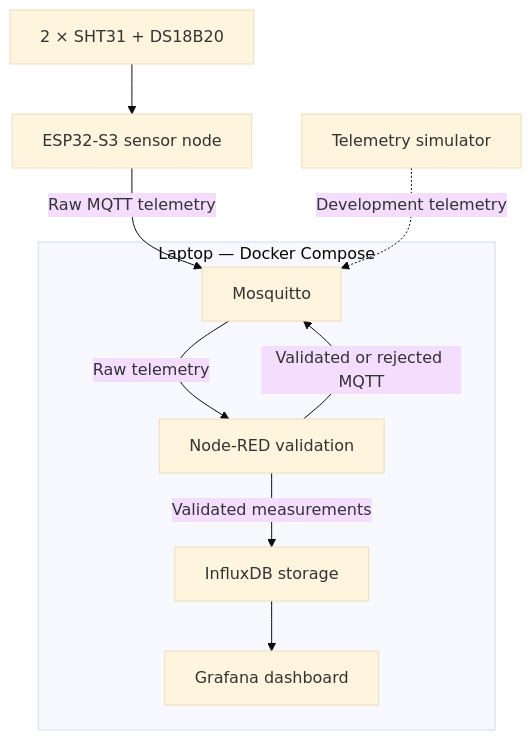
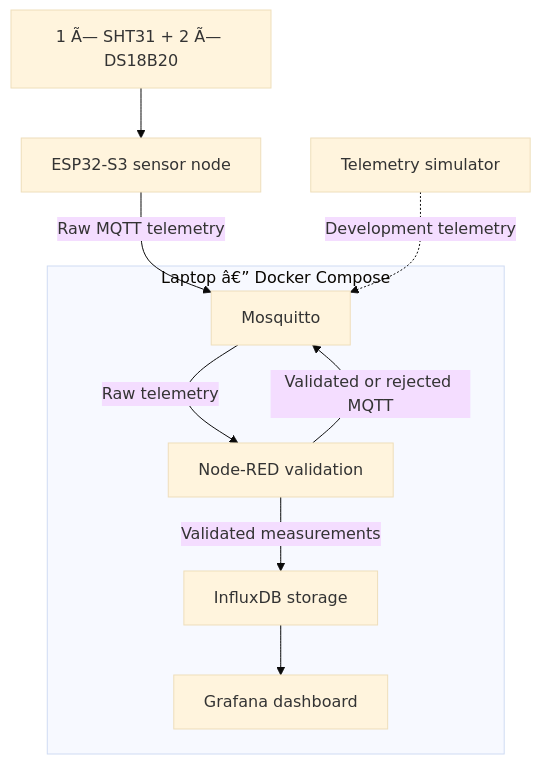
Before and after one commit to Samuel2Nugor/Hydrogreen: the diagram in docs/architecture.md, drawn with Mermaid (base theme). The commit also changed other lines of this file, not shown here.

First line of the commit message:
Update architecture.md docs(architecture): use DS18B20 for external air temperature instead of SHT31

````diff
--- a/docs/architecture.md
+++ b/docs/architecture.md
@@ -34,21 +34,21 @@
 ```mermaid
 flowchart TD
-    Sensors["2 × SHT31 + DS18B20"]
+    Sensors["1 Ã— SHT31 + 2 Ã— DS18B20"]
     ESP["ESP32-S3 sensor node"]
     Simulator["Telemetry simulator"]
 
-    subgraph Laptop["Laptop — Docker Compose"]
+    subgraph Laptop["Laptop â€” Docker Compose"]
         MQTT["Mosquitto"]
         NodeRED["Node-RED validation"]
         InfluxDB["InfluxDB storage"]
         Grafana["Grafana dashboard"]
     end
 
     Sensors --> ESP
     ESP -->|"Raw MQTT telemetry"| MQTT
     Simulator -.->|"Development telemetry"| MQTT
     MQTT -->|"Raw telemetry"| NodeRED
     NodeRED -->|"Validated or rejected MQTT"| MQTT
     NodeRED -->|"Validated measurements"| InfluxDB
     InfluxDB --> Grafana
 ```
````
